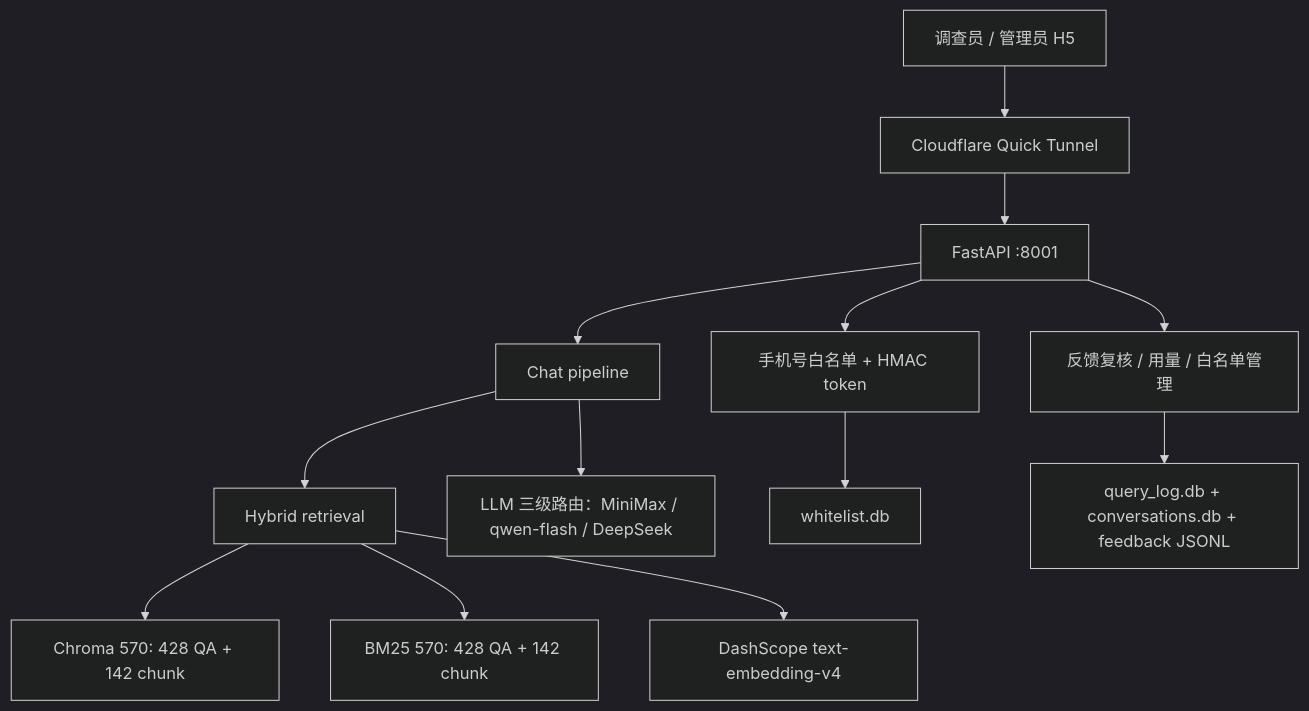
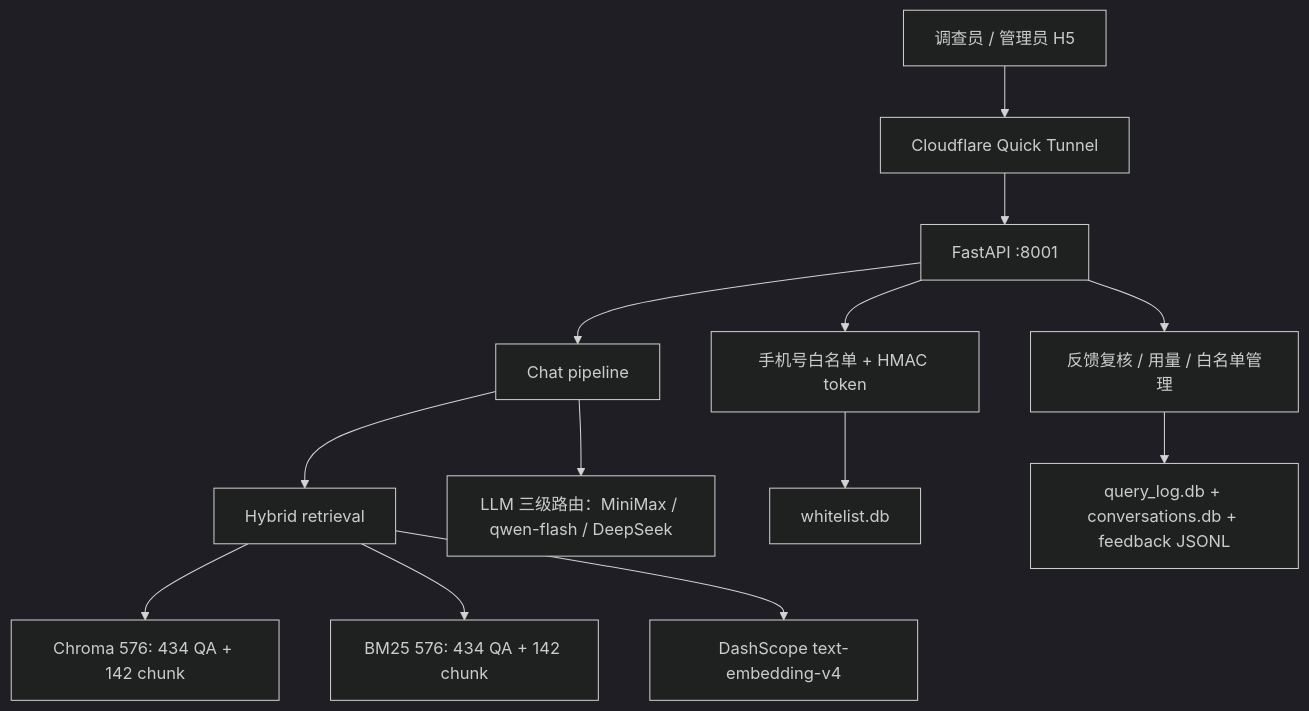
The diagram in docs/03-架构设计.md (ljx4471817/labor-survey-ai), drawn with Mermaid (dark theme) before and after one commit. The commit also changed other lines of this file and 18 other files, not shown here.

````diff
--- a/docs/03-架构设计.md
+++ b/docs/03-架构设计.md
@@ -9,15 +9,15 @@
 ```mermaid
 flowchart TD
     U["调查员 / 管理员 H5"] --> CF["Cloudflare Quick Tunnel"]
     CF --> API["FastAPI :8001"]
     API --> AUTH["手机号白名单 + HMAC token"]
     API --> CHAT["Chat pipeline"]
     API --> ADMIN["反馈复核 / 用量 / 白名单管理"]
     CHAT --> RET["Hybrid retrieval"]
-    RET --> VEC["Chroma 570: 428 QA + 142 chunk"]
-    RET --> BM25["BM25 570: 428 QA + 142 chunk"]
+    RET --> VEC["Chroma 576: 434 QA + 142 chunk"]
+    RET --> BM25["BM25 576: 434 QA + 142 chunk"]
     CHAT --> LLM["LLM 三级路由：MiniMax / qwen-flash / DeepSeek"]
     RET --> EMB["DashScope text-embedding-v4"]
     AUTH --> WDB["whitelist.db"]
     ADMIN --> DATA["query_log.db + conversations.db + feedback JSONL"]
 ```
````
